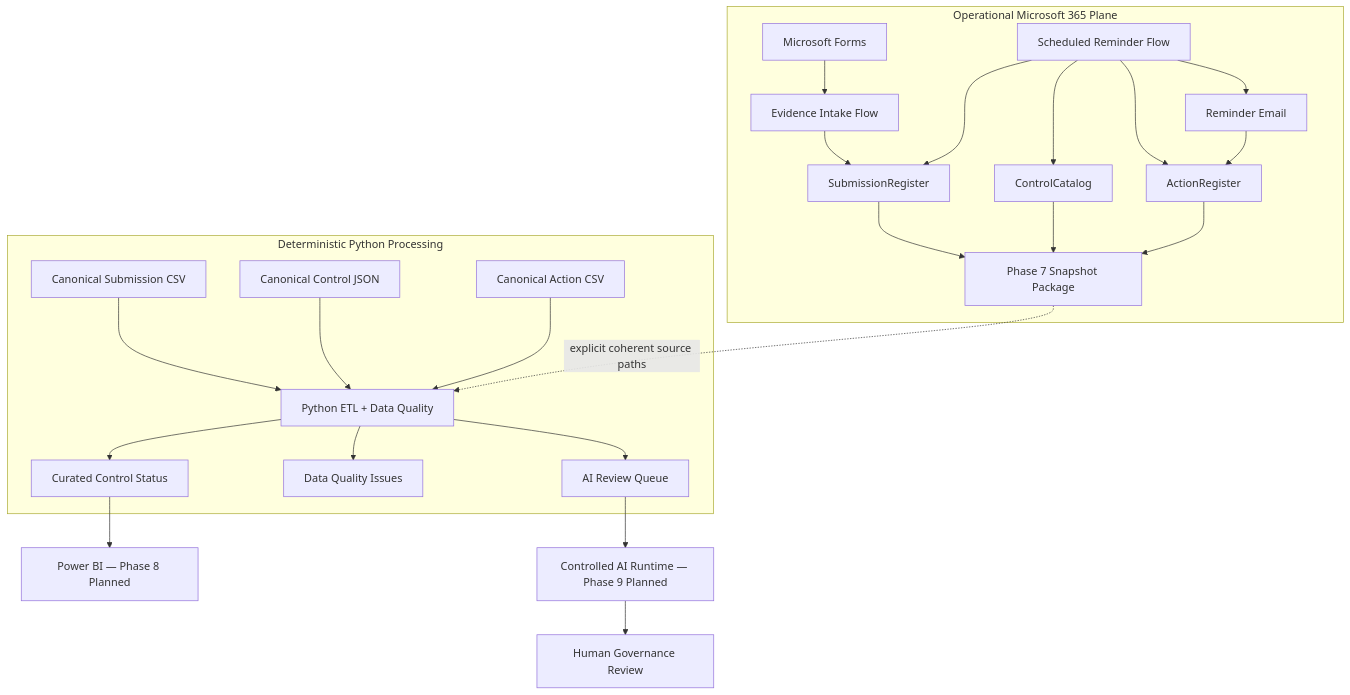
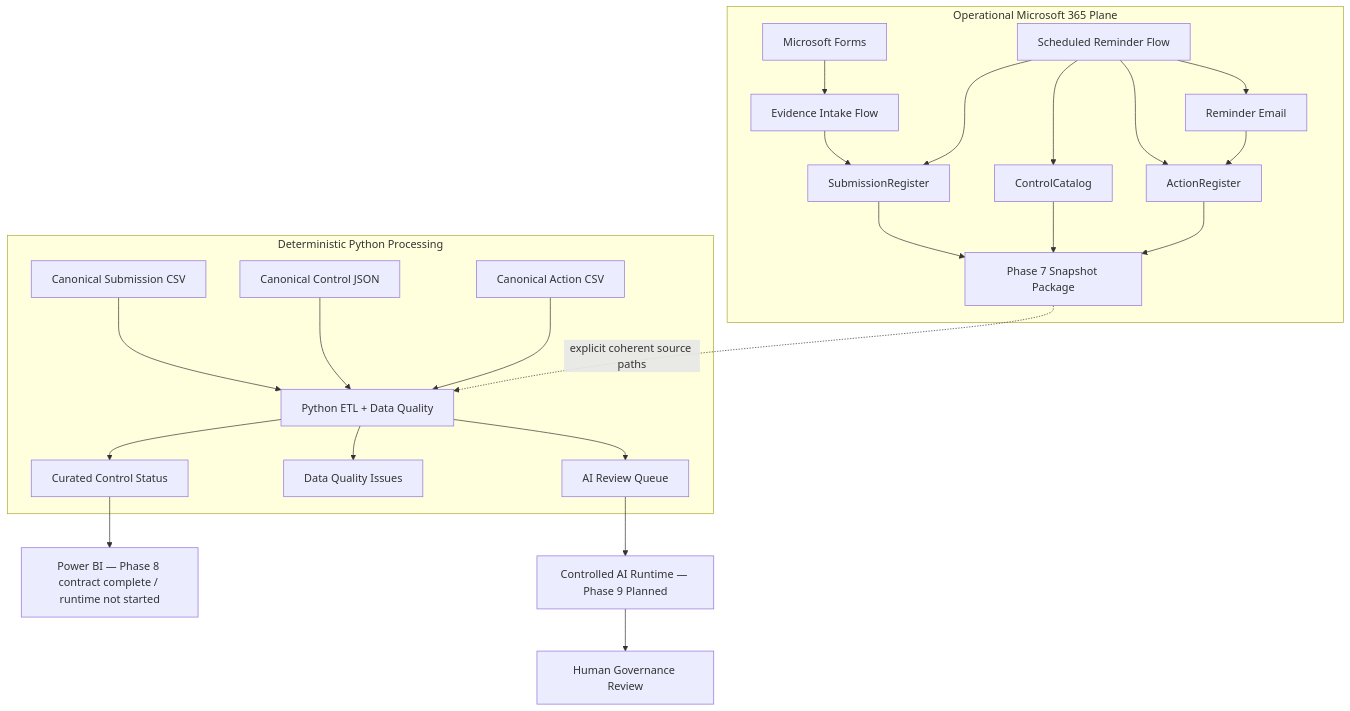
One commit to gw-ai-security/cyber-governance-automation-lab changed the diagram in README.md. Above: the diagram before and after it, drawn with Mermaid. The commit also changed other lines of this file, not shown here.

Commit message:
docs: mark Phase 8.0 reporting contract complete

````diff
--- a/README.md
+++ b/README.md
@@ -121,29 +122,29 @@
 ```mermaid
 flowchart TD
     subgraph OP[Operational Microsoft 365 Plane]
         A[Microsoft Forms] --> B[Evidence Intake Flow]
         B --> C[SubmissionRegister]
         D[Scheduled Reminder Flow] --> C
         D --> E[ControlCatalog]
         D --> F[ActionRegister]
         D --> G[Reminder Email]
         G --> F
         C --> S[Phase 7 Snapshot Package]
         E --> S
         F --> S
     end
 
     subgraph PY[Deterministic Python Processing]
         H[Canonical Submission CSV] --> K[Python ETL + Data Quality]
         I[Canonical Control JSON] --> K
         J[Canonical Action CSV] --> K
         S -. explicit coherent source paths .-> K
         K --> L[Curated Control Status]
         K --> M[Data Quality Issues]
         K --> N[AI Review Queue]
     end
 
-    L --> P[Power BI — Phase 8 Planned]
+    L --> P[Power BI — Phase 8 contract complete / runtime not started]
     N --> Q[Controlled AI Runtime — Phase 9 Planned]
     Q --> R[Human Governance Review]
 ```
````
